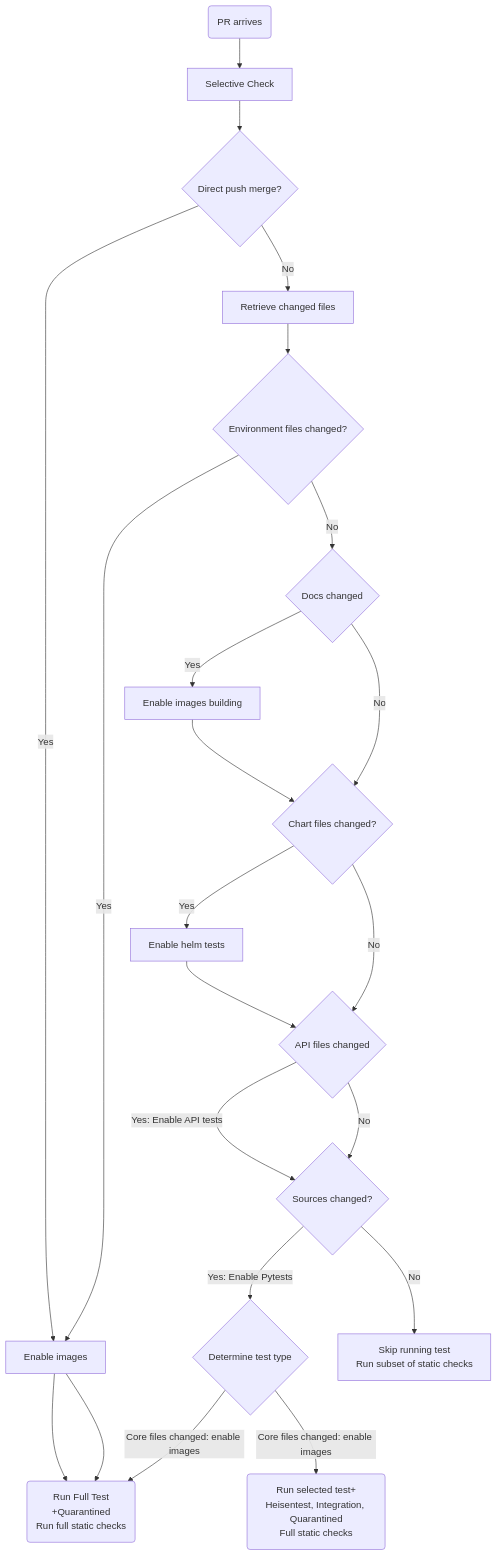
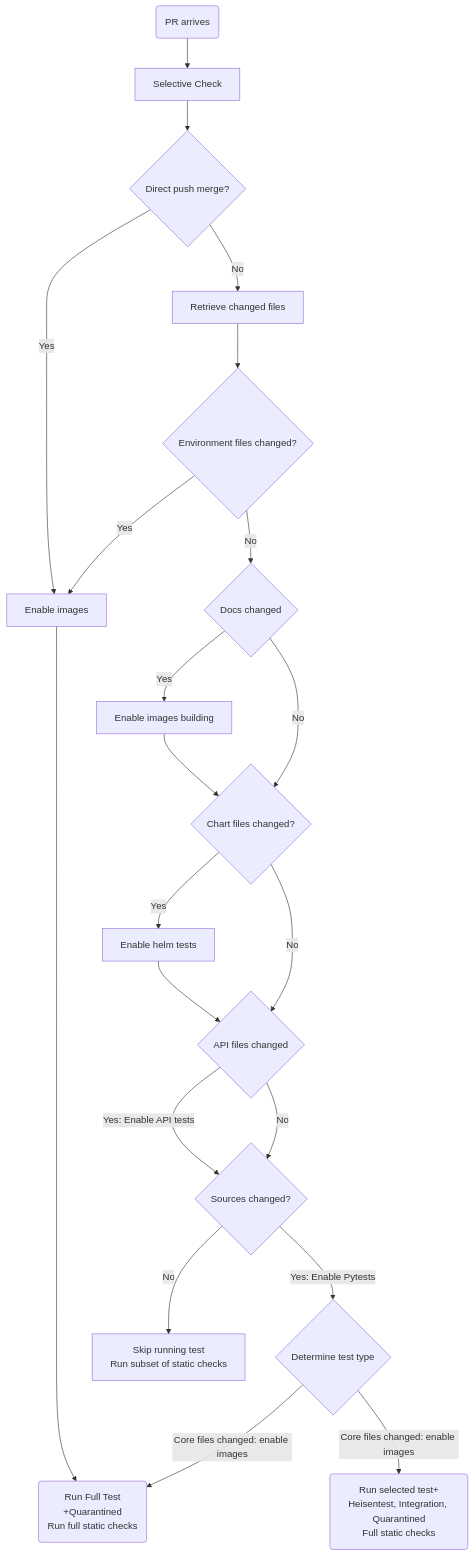
One commit to edithturn/golang-training changed the first of 2 diagrams in README.md. Above: the diagram before and after it, drawn with Mermaid.

Commit message:
sylish graph

````diff
--- a/README.md
+++ b/README.md
@@ -4,24 +4,23 @@
 ```mermaid
 flowchart TD
 A(PR arrives)-->B[Selective Check]
 B-->C{Direct push merge?}
 C-->|Yes| N[Enable images] 
 N-->D(Run Full Test<br />+Quarantined<br />Run full static checks)
 C-->|No| E[Retrieve changed files]
 E-->F{Environment files changed?}
 F-->|Yes| N
-N-->D
 F-->|No| G{Docs changed}
 G-->|Yes| O[Enable images building]
 O-->I{Chart files changed?}
 G-->|No| I
 I-->|Yes| P[Enable helm tests]
 P-->J{API files changed}
 I-->|No| J
 J-->|Yes: Enable API tests| H{Sources changed?}
 J-->|No| H
 H-->|Yes: Enable Pytests| K{Determine test type}
 K-->|Core files changed: enable images| D
 K-->|Core files changed: enable images| M(Run selected test+<br />Heisentest, Integration, Quarantined<br />Full static checks) 
 H-->|No| L[Skip running test<br />Run subset of static checks]
 ```
````
